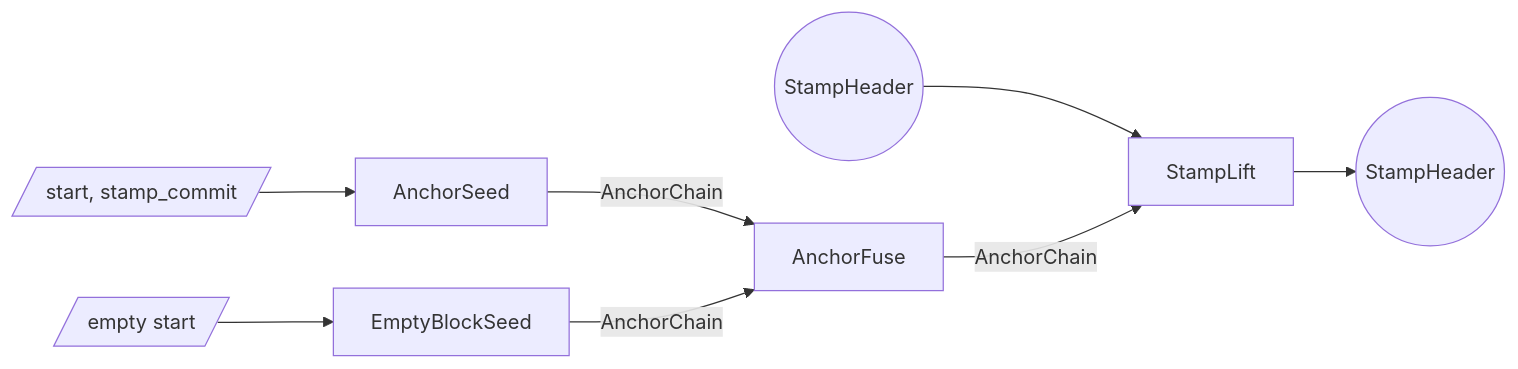
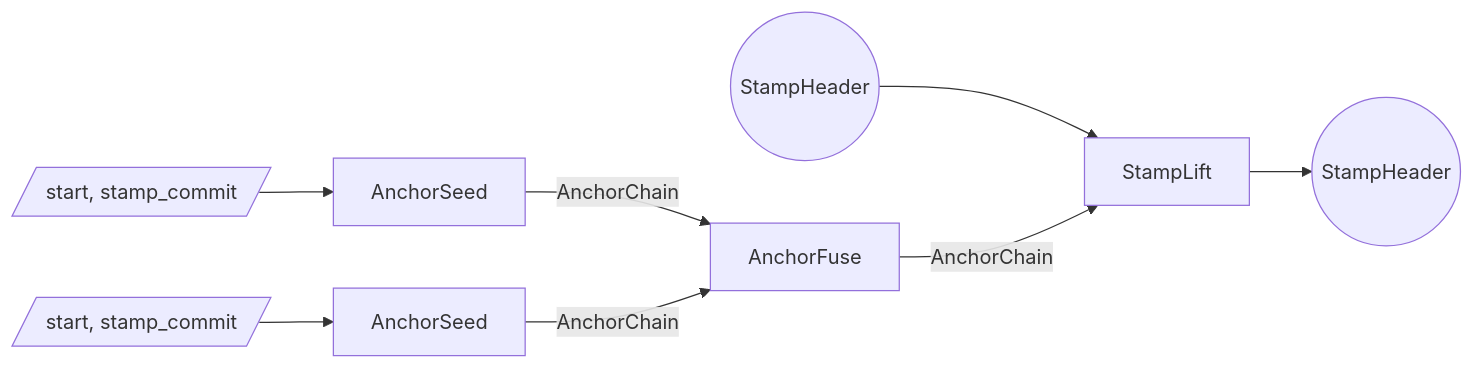
One commit to tachyon-zcash/tachyon changed the second of 3 diagrams in book/src/proof-tree.md. Above: the diagram before and after it, drawn with Mermaid. The commit also changed other lines of this file and 11 other files, not shown here.

First line of the commit message:
refactor: tick the anchor per stamp, not per block

````diff
--- a/book/src/proof-tree.md
+++ b/book/src/proof-tree.md
@@ -290,19 +309,19 @@
 ```mermaid
 flowchart LR
   sh_in((StampHeader))
   w_seed[/start, stamp_commit/]
   s_seed[AnchorSeed]
-  w_fuse[/empty start/]
-  s_empty[EmptyBlockSeed]
+  w_next[/start, stamp_commit/]
+  s_next[AnchorSeed]
   s_fuse[AnchorFuse]
   s_lift[StampLift]
   sh_out((StampHeader))
 
   w_seed --> s_seed
-  w_fuse --> s_empty
+  w_next --> s_next
   s_seed -->|AnchorChain| s_fuse
-  s_empty -->|AnchorChain| s_fuse
+  s_next -->|AnchorChain| s_fuse
   sh_in --> s_lift
   s_fuse -->|AnchorChain| s_lift
   s_lift --> sh_out
 ```
````
